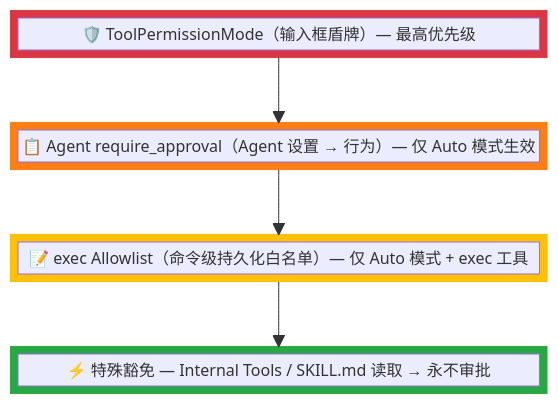
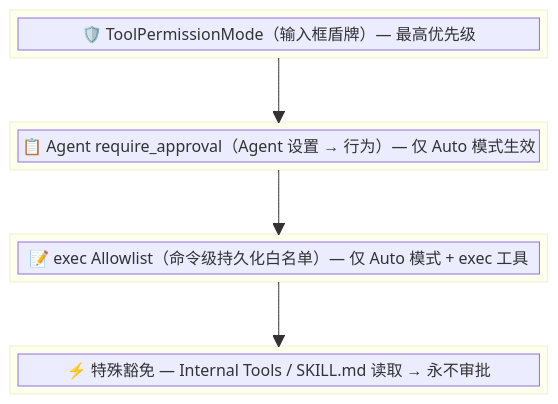
One commit to shiwenwen/hope-agent changed diagram 11 of 11 in docs/architecture/tool-system.md. Above: the diagram before and after it, drawn with Mermaid. The commit also changed other lines of this file and 13 other files, not shown here.

First line of the commit message:
docs: 移除 mermaid 图表中的自定义背景色填充

````diff
--- a/docs/architecture/tool-system.md
+++ b/docs/architecture/tool-system.md
@@ -954,35 +926,31 @@
 ```mermaid
 block-beta
     columns 1
 
     block:L1:1
         A["🛡️ ToolPermissionMode（输入框盾牌）— 最高优先级"]
     end
 
     space
 
     block:L2:1
         B["📋 Agent require_approval（Agent 设置 → 行为）— 仅 Auto 模式生效"]
     end
 
     space
 
     block:L3:1
         C["📝 exec Allowlist（命令级持久化白名单）— 仅 Auto 模式 + exec 工具"]
     end
 
     space
 
     block:L4:1
         D["⚡ 特殊豁免 — Internal Tools / SKILL.md 读取 → 永不审批"]
     end
 
     L1 --> L2
     L2 --> L3
     L3 --> L4
 
-    style L1 fill:#dc3545,color:#fff
-    style L2 fill:#fd7e14,color:#fff
-    style L3 fill:#ffc107,color:#000
-    style L4 fill:#28a745,color:#fff
 ```
````
